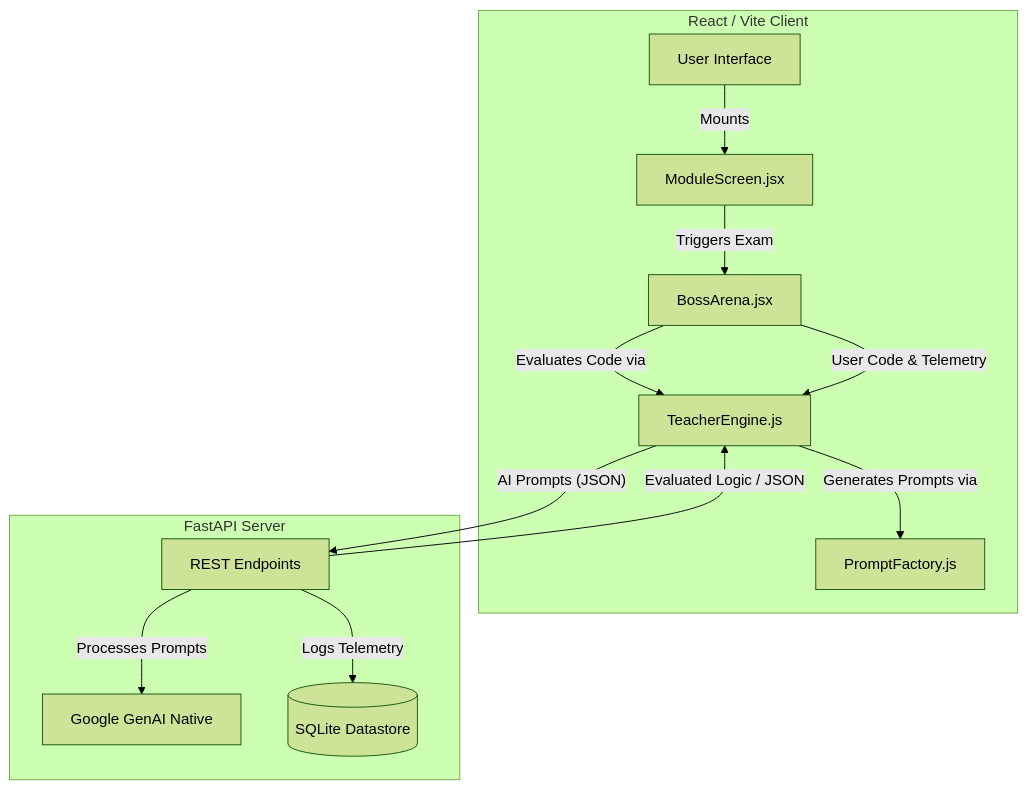
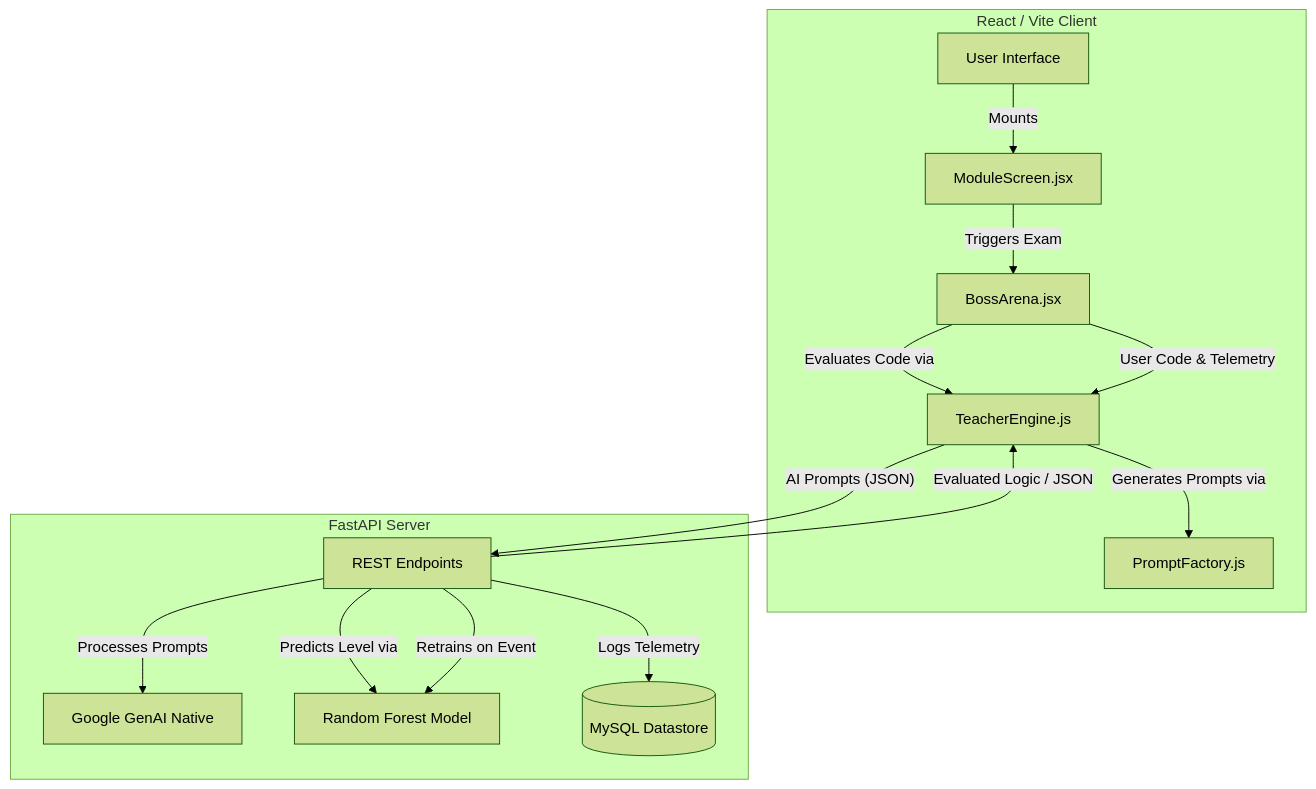
The diagram in README.md (Asvind7/nexgen), drawn with Mermaid (forest theme) before and after one commit. The commit also changed other lines of this file and 26 other files, not shown here.

````diff
--- a/README.md
+++ b/README.md
@@ -55,29 +57,32 @@
 ```mermaid
 graph TD
     subgraph Frontend [React / Vite Client]
         UI[User Interface]
         BA[BossArena.jsx]
         MS[ModuleScreen.jsx]
         TE[TeacherEngine.js]
         PF[PromptFactory.js]
         
         UI -->|Mounts| MS
         MS -->|Triggers Exam| BA
         BA -->|Evaluates Code via| TE
         TE -->|Generates Prompts via| PF
     end
 
     subgraph Backend [FastAPI Server]
         API[REST Endpoints]
         GEN[Google GenAI Native]
-        DB[(SQLite Datastore)]
+        ML[Random Forest Model]
+        DB[(MySQL Datastore)]
         
         API -->|Processes Prompts| GEN
+        API -->|Predicts Level via| ML
         API -->|Logs Telemetry| DB
     end
 
     %% Interactions
     TE -- "AI Prompts (JSON)" --> API
     API -- "Evaluated Logic / JSON" --> TE
     BA -- "User Code & Telemetry" --> TE
+    API -- "Retrains on Event" --> ML
 ```
````
